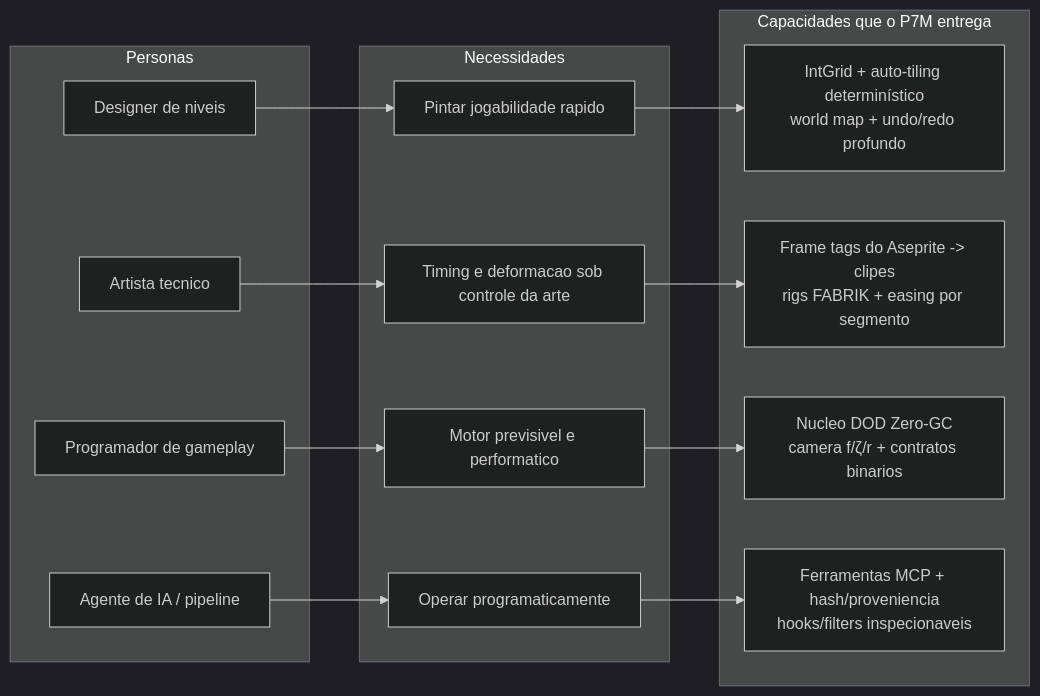
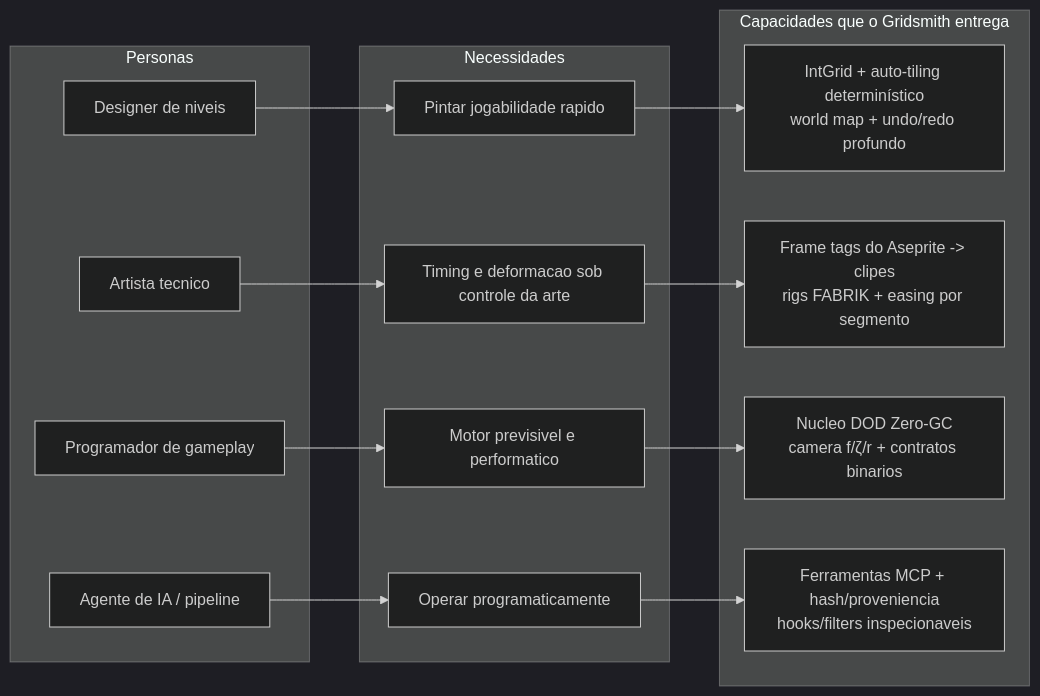
The first of 4 diagrams in docs/PRODUCT.md (flaviotinococoutinho/Gridsmith), drawn with Mermaid (dark theme) before and after one commit. The commit also changed other lines of this file and 220 other files, not shown here.

````diff
--- a/docs/PRODUCT.md
+++ b/docs/PRODUCT.md
@@ -32,25 +32,25 @@
 ```mermaid
 graph LR
   subgraph P["Personas"]
     p1["Designer de niveis"]
     p2["Artista tecnico"]
     p3["Programador de gameplay"]
     p4["Agente de IA / pipeline"]
   end
   subgraph N["Necessidades"]
     n1["Pintar jogabilidade rapido"]
     n2["Timing e deformacao sob controle da arte"]
     n3["Motor previsivel e performatico"]
     n4["Operar programaticamente"]
   end
-  subgraph C["Capacidades que o P7M entrega"]
+  subgraph C["Capacidades que o Gridsmith entrega"]
     c1["IntGrid + auto-tiling determinístico<br/>world map + undo/redo profundo"]
     c2["Frame tags do Aseprite -> clipes<br/>rigs FABRIK + easing por segmento"]
     c3["Nucleo DOD Zero-GC<br/>camera f/ζ/r + contratos binarios"]
     c4["Ferramentas MCP + hash/proveniencia<br/>hooks/filters inspecionaveis"]
   end
   p1 --> n1 --> c1
   p2 --> n2 --> c2
   p3 --> n3 --> c3
   p4 --> n4 --> c4
 ```
````
